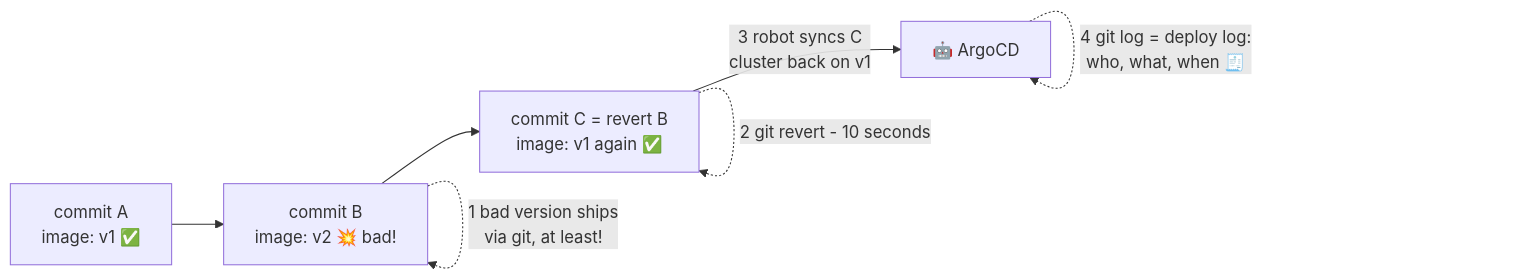
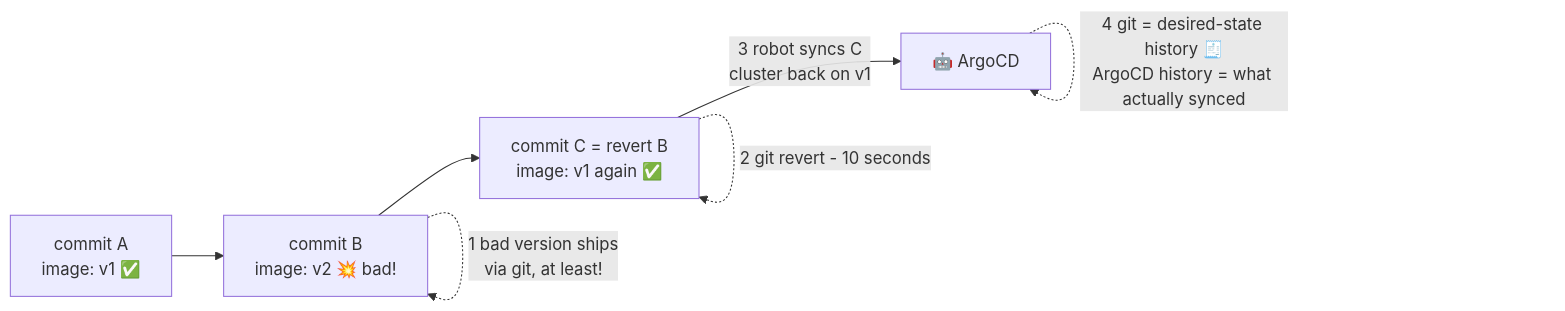
The diagram in lessons/10-rollback-history/README.md (BaluRaut/learn-argocd-school), drawn with Mermaid before and after one commit. The commit also changed other lines of this file and 10 other files, not shown here.

Commit message:
Review: deployment credentials wording, git vs sync history, deliberate automation; four gaps; Verify/Clean-up/Common mistakes/production boxes

````diff
--- a/lessons/10-rollback-history/README.md
+++ b/lessons/10-rollback-history/README.md
@@ -31,9 +32,9 @@
 ```mermaid
 flowchart LR
     A["commit A<br/>image: v1 ✅"] --> B["commit B<br/>image: v2 💥 bad!"]
     B --> C["commit C = revert B<br/>image: v1 again ✅"]
     C -->|"3 robot syncs C<br/>cluster back on v1"| argo["🤖 ArgoCD"]
     B -.->|"1 bad version ships<br/>via git, at least!"| B
     C -.->|"2 git revert - 10 seconds"| C
-    argo -.->|"4 git log = deploy log:<br/>who, what, when 🧾"| argo
+    argo -.->|"4 git = desired-state history 🧾<br/>ArgoCD history = what actually synced"| argo
 ```
````
